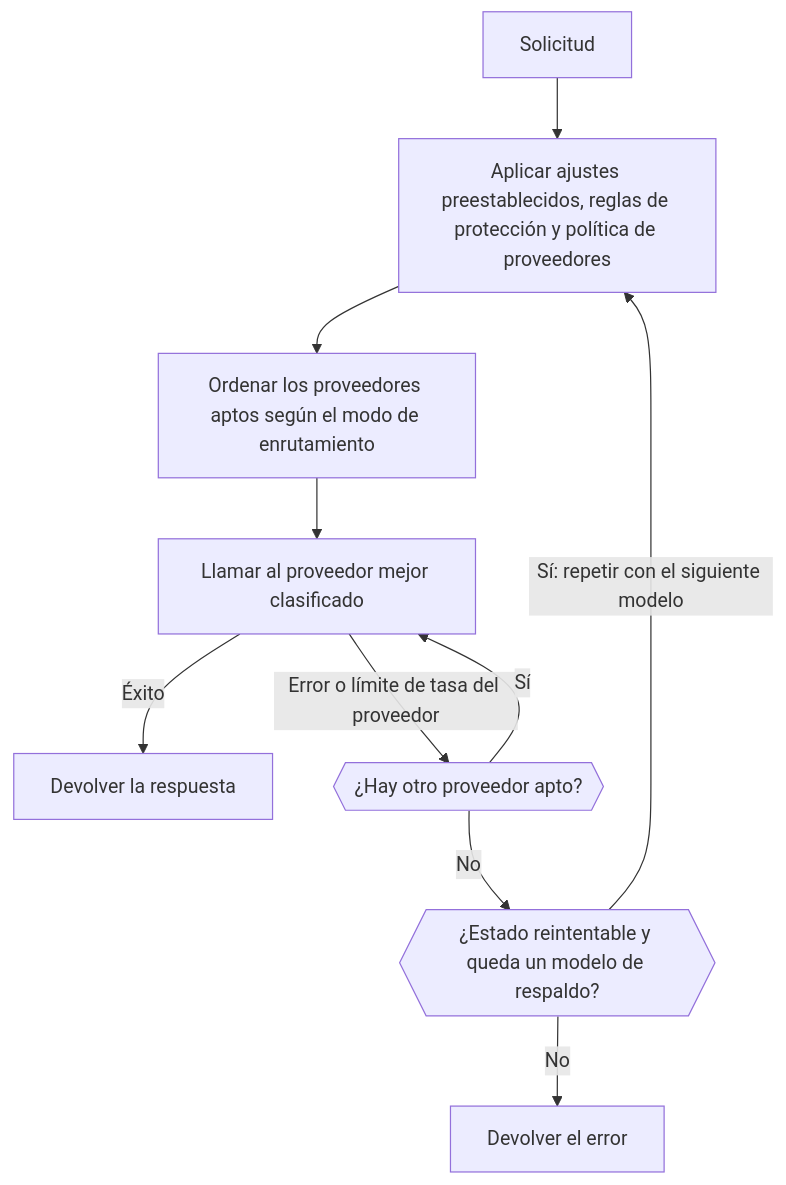
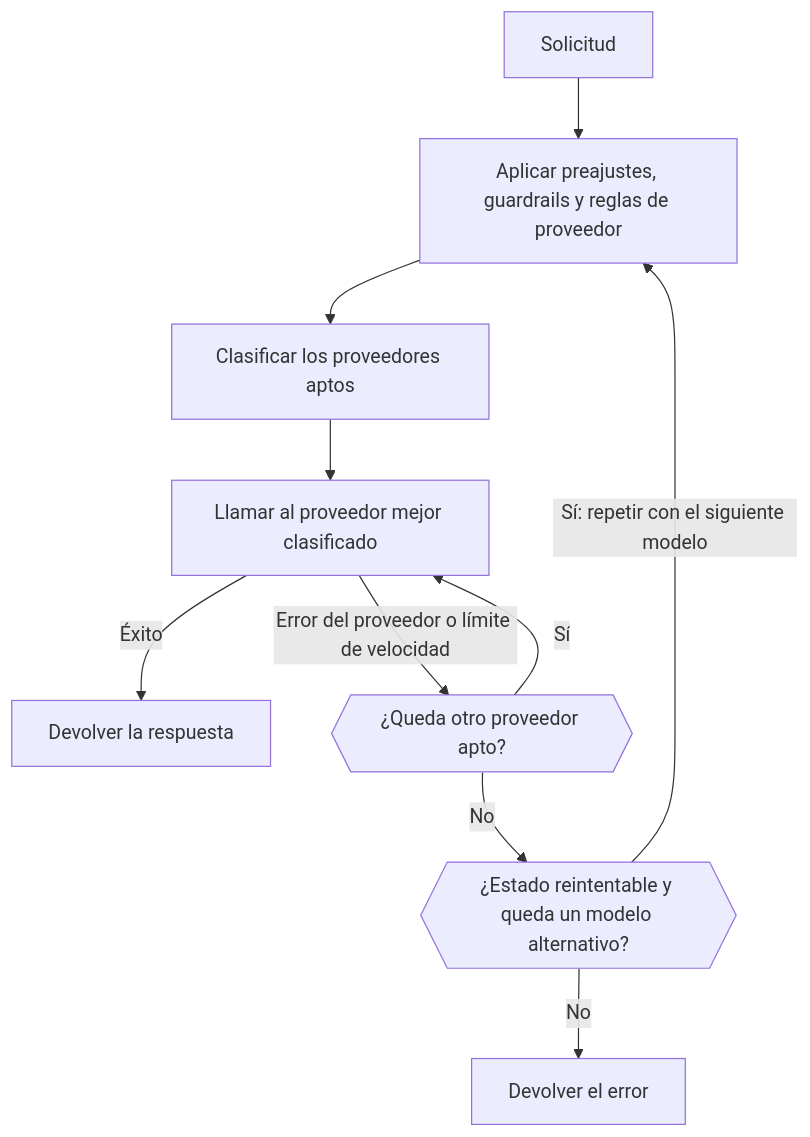
The diagram in apps/docs/es/v1/guides/routing-and-fallbacks.mdx (phaseoteam/Phaseo), drawn with Mermaid before and after one commit. The commit also changed other lines of this file and 3793 other files, not shown here.

````diff
--- a/apps/docs/es/v1/guides/routing-and-fallbacks.mdx
+++ b/apps/docs/es/v1/guides/routing-and-fallbacks.mdx
@@ -236,12 +12,12 @@
 ```mermaid
 flowchart TD
-  req["Solicitud"] --> pol["Aplicar ajustes preestablecidos, reglas de protección y política de proveedores"]
-  pol --> rnk["Ordenar los proveedores aptos según el modo de enrutamiento"]
+  req["Solicitud"] --> pol["Aplicar preajustes, guardrails y reglas de proveedor"]
+  pol --> rnk["Clasificar los proveedores aptos"]
   rnk --> prov["Llamar al proveedor mejor clasificado"]
   prov -->|"Éxito"| resp["Devolver la respuesta"]
-  prov -->|"Error o límite de tasa del proveedor"| nextProv{{"¿Hay otro proveedor apto?"}}
+  prov -->|"Error del proveedor o límite de velocidad"| nextProv{{"¿Queda otro proveedor apto?"}}
   nextProv -->|"Sí"| prov
-  nextProv -->|"No"| fallbackCheck{{"¿Estado reintentable y queda un modelo de respaldo?"}}
+  nextProv -->|"No"| fallbackCheck{{"¿Estado reintentable y queda un modelo alternativo?"}}
   fallbackCheck -->|"Sí: repetir con el siguiente modelo"| pol
   fallbackCheck -->|"No"| err["Devolver el error"]
 ```
````
